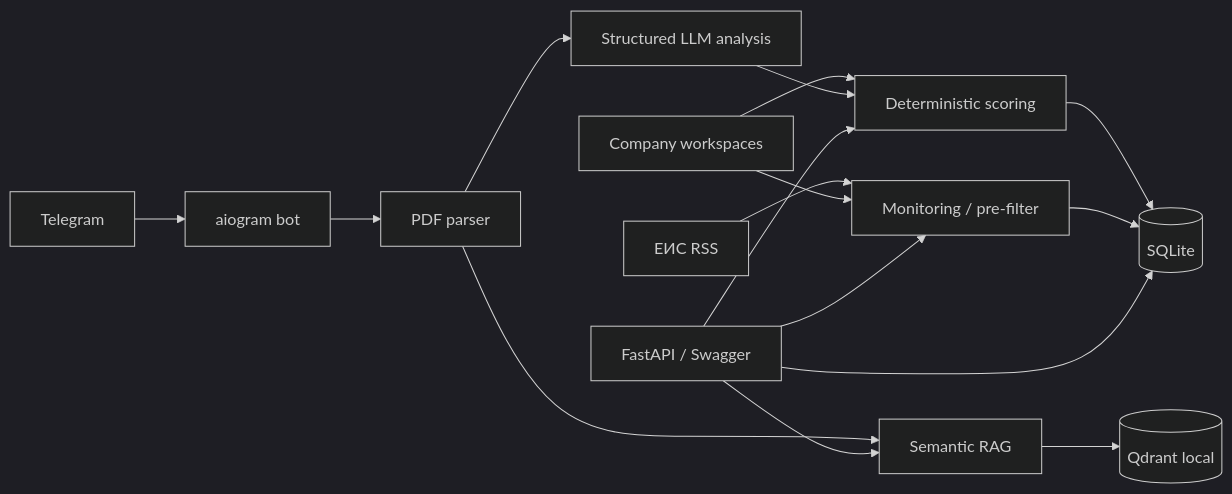
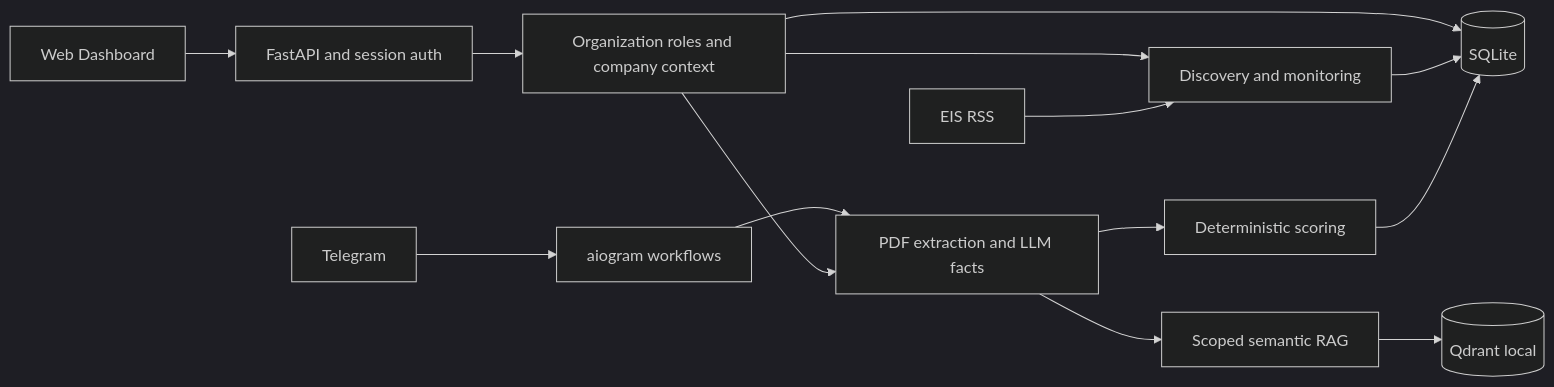
The diagram in README.md (Ramzes2023/TenderLens-AI), drawn with Mermaid (dark theme) before and after one commit. The commit also changed other lines of this file and 7 other files, not shown here.

````diff
--- a/README.md
+++ b/README.md
@@ -26,18 +60,16 @@
 ```mermaid
 flowchart LR
-    TG[Telegram] --> BOT[aiogram bot]
-    EIS[ЕИС RSS] --> MON[Monitoring / pre-filter]
-    CO[Company workspaces] --> MON
-    CO --> SCORE
-    BOT --> PDF[PDF parser]
-    PDF --> LLM[Structured LLM analysis]
-    LLM --> SCORE[Deterministic scoring]
-    PDF --> RAG[Semantic RAG]
+    WEB[Web Dashboard] --> API[FastAPI and session auth]
+    TG[Telegram] --> BOT[aiogram workflows]
+    API --> CTX[Organization roles and company context]
+    CTX --> DOC[PDF extraction and LLM facts]
+    BOT --> DOC
+    DOC --> SCORE[Deterministic scoring]
+    DOC --> RAG[Scoped semantic RAG]
+    EIS[EIS RSS] --> MON[Discovery and monitoring]
+    CTX --> MON
+    SCORE --> SQL[(SQLite)]
+    MON --> SQL
+    CTX --> SQL
     RAG --> QD[(Qdrant local)]
-    SCORE --> DB[(SQLite)]
-    MON --> DB
-    API[FastAPI / Swagger] --> DB
-    API --> SCORE
-    API --> RAG
-    API --> MON
 ```
````
